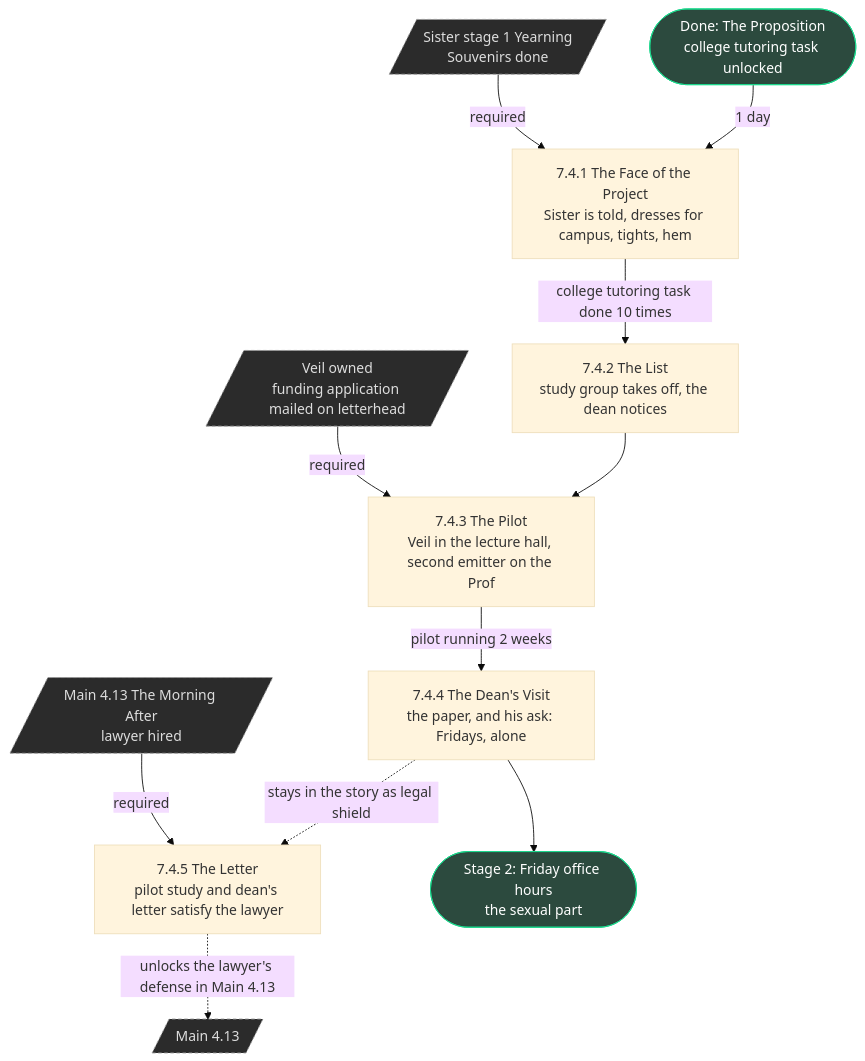
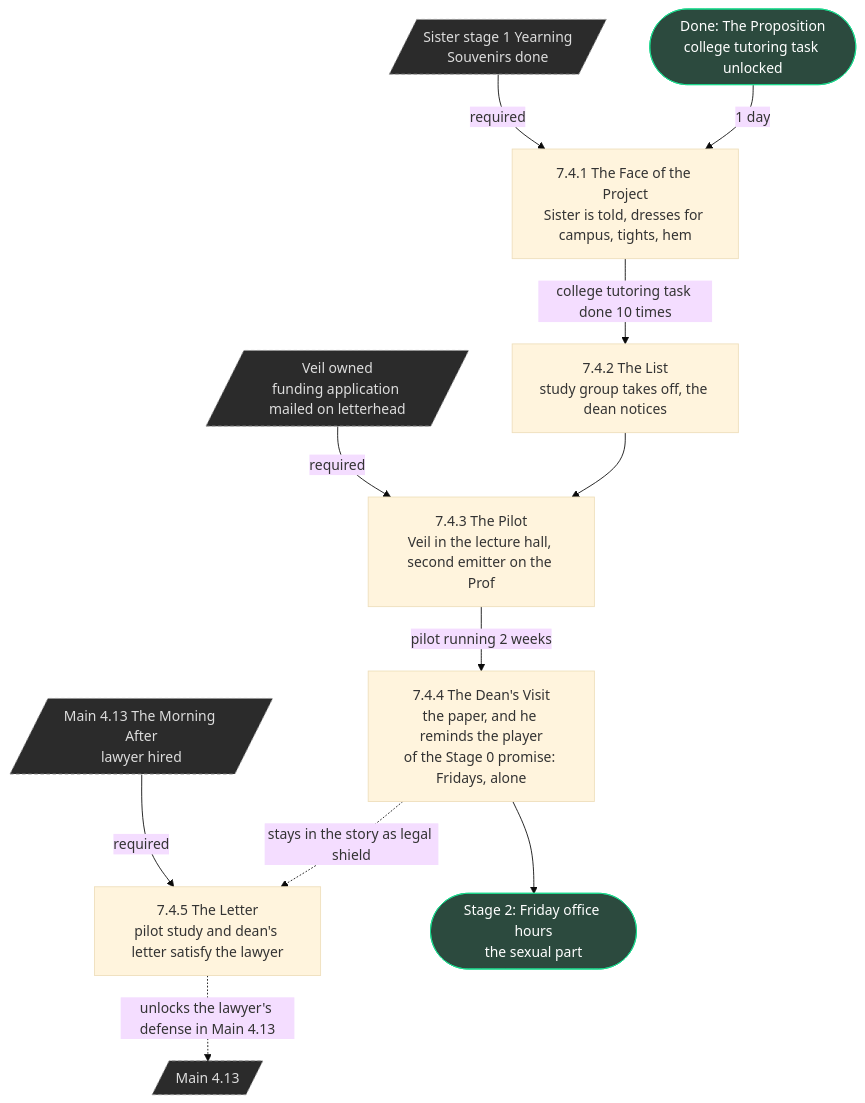
Before and after one commit to MichaelWinsauer/RTR: the seventh of 9 diagrams in STAGE1_FLOWCHARTS.md, drawn with Mermaid (base theme). The commit also changed other lines of this file and 1 other file, not shown here.

Commit message:
plan: update stage 1 story

````diff
--- a/STAGE1_FLOWCHARTS.md
+++ b/STAGE1_FLOWCHARTS.md
@@ -319,29 +344,29 @@
 ```mermaid
 flowchart TD
   S0(["Done: The Proposition<br/>college tutoring task unlocked"]):::done
 
   P1["7.4.1 The Face of the Project<br/>Sister is told, dresses for campus, tights, hem"]
   P2["7.4.2 The List<br/>study group takes off, the dean notices"]
   P3["7.4.3 The Pilot<br/>Veil in the lecture hall, second emitter on the Prof"]
-  P4["7.4.4 The Dean's Visit<br/>the paper, and his ask: Fridays, alone"]
+  P4["7.4.4 The Dean's Visit<br/>the paper, and he reminds the player<br/>of the Stage 0 promise: Fridays, alone"]
   P5["7.4.5 The Letter<br/>pilot study and dean's letter satisfy the lawyer"]
   S2(["Stage 2: Friday office hours<br/>the sexual part"]):::done
 
   G0[/"Sister stage 1 Yearning<br/>Souvenirs done"/]:::gate
   G1[/"Veil owned<br/>funding application mailed on letterhead"/]:::gate
   G2[/"Main 4.13 The Morning After<br/>lawyer hired"/]:::gate
 
   S0 -->|"1 day"| P1
   G0 -->|"required"| P1
   P1 -->|"college tutoring task done 10 times"| P2
   P2 --> P3
   G1 -->|"required"| P3
   P3 -->|"pilot running 2 weeks"| P4
   P4 -.->|"stays in the story as legal shield"| P5
   G2 -->|"required"| P5
   P4 --> S2
   P5 -.->|"unlocks the lawyer's defense in Main 4.13"| X1[/"Main 4.13"/]:::gate
 
   classDef done fill:#2c4a3e,stroke:#1cd88d,color:#fff
   classDef gate fill:#2b2b2b,stroke:#999,color:#ddd,stroke-dasharray:4 3
 ```
````
